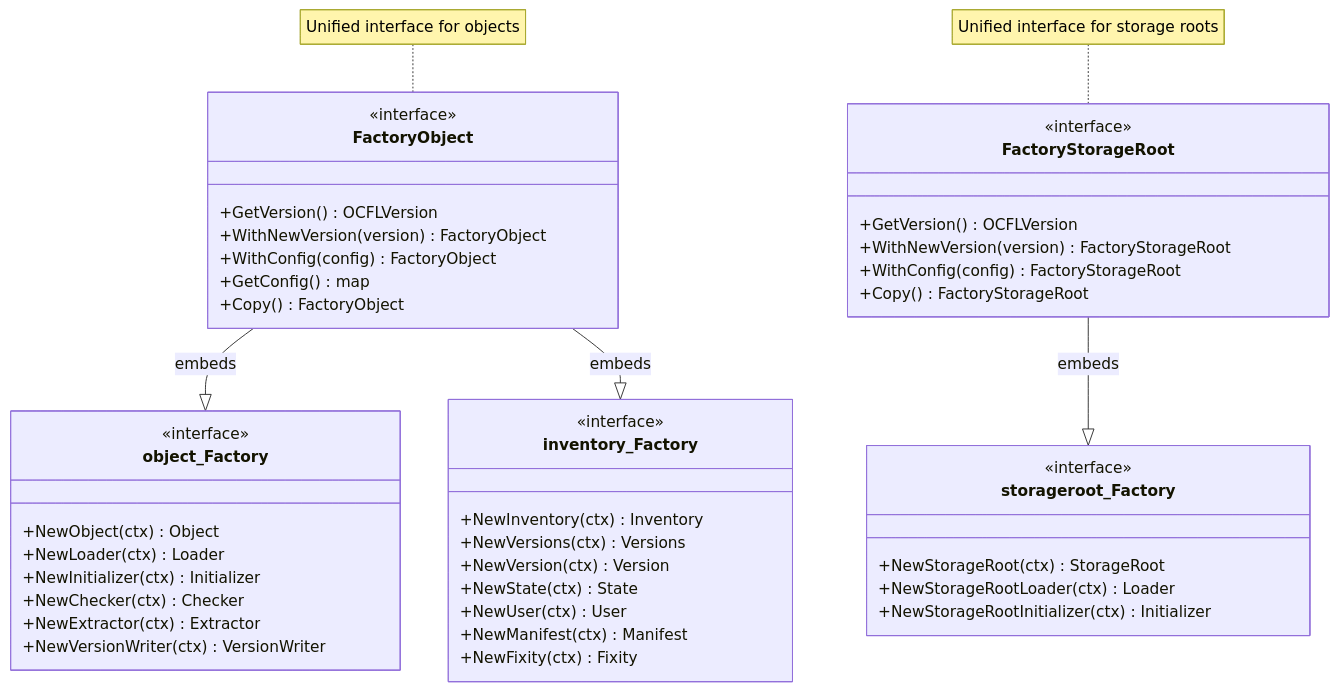
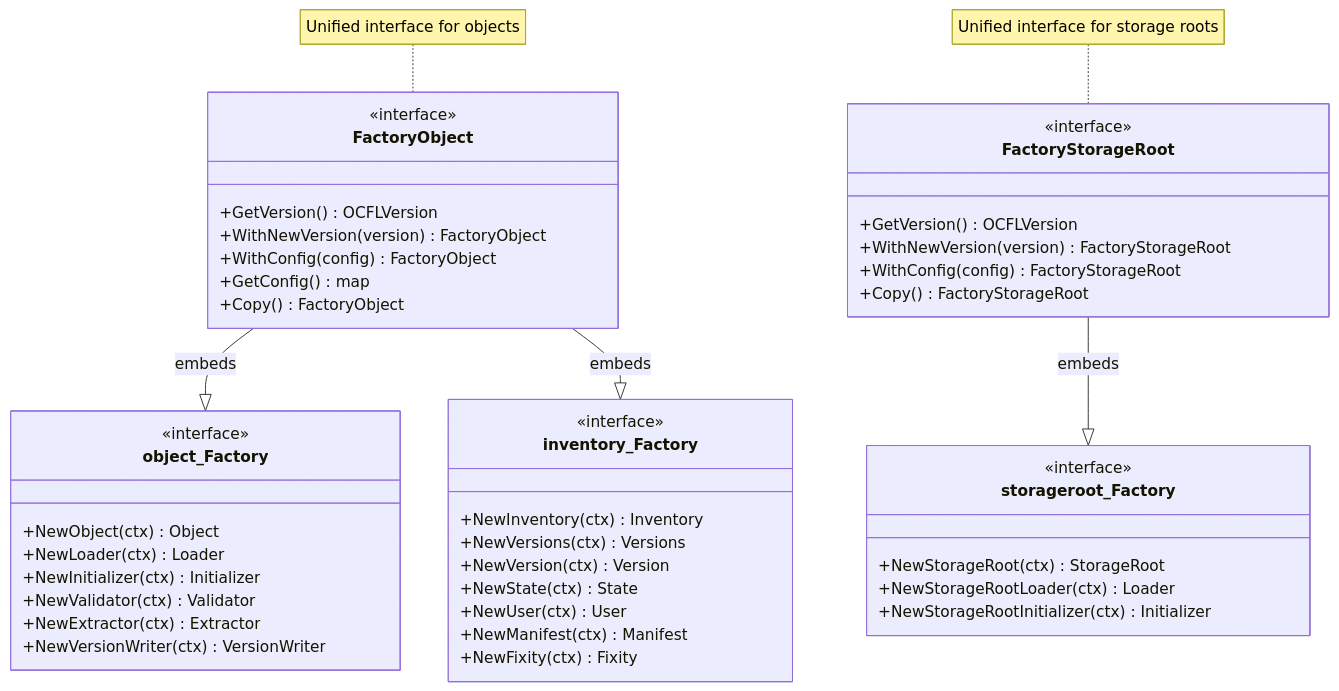
One commit to ocfl-archive/gocfl changed the diagram in pkg/ocfl/factory/docs/architecture.md. Above: the diagram before and after it, drawn with Mermaid. The commit also changed other lines of this file and 25 other files, not shown here.

Commit message:
Replaced `Checker` references with `Validator` across the project for clarity and consistency. Updated associated methods, documentation, examples, and tests.

````diff
--- a/pkg/ocfl/factory/docs/architecture.md
+++ b/pkg/ocfl/factory/docs/architecture.md
@@ -9,54 +9,54 @@
 ```mermaid
 classDiagram
     class object_Factory {
         <<interface>>
         +NewObject(ctx) Object
         +NewLoader(ctx) Loader
         +NewInitializer(ctx) Initializer
-        +NewChecker(ctx) Checker
+        +NewValidator(ctx) Validator
         +NewExtractor(ctx) Extractor
         +NewVersionWriter(ctx) VersionWriter
     }
 
     class inventory_Factory {
         <<interface>>
         +NewInventory(ctx) Inventory
         +NewVersions(ctx) Versions
         +NewVersion(ctx) Version
         +NewState(ctx) State
         +NewUser(ctx) User
         +NewManifest(ctx) Manifest
         +NewFixity(ctx) Fixity
     }
 
     class storageroot_Factory {
         <<interface>>
         +NewStorageRoot(ctx) StorageRoot
         +NewStorageRootLoader(ctx) Loader
         +NewStorageRootInitializer(ctx) Initializer
     }
 
     class FactoryObject {
         <<interface>>
         +GetVersion() OCFLVersion
         +WithNewVersion(version) FactoryObject
         +WithConfig(config) FactoryObject
         +GetConfig() map
         +Copy() FactoryObject
     }
 
     class FactoryStorageRoot {
         <<interface>>
         +GetVersion() OCFLVersion
         +WithNewVersion(version) FactoryStorageRoot
         +WithConfig(config) FactoryStorageRoot
         +Copy() FactoryStorageRoot
     }
 
     FactoryObject --|> object_Factory : embeds
     FactoryObject --|> inventory_Factory : embeds
     FactoryStorageRoot --|> storageroot_Factory : embeds
 
     note for FactoryObject "Unified interface for objects"
     note for FactoryStorageRoot "Unified interface for storage roots"
 ```
````
